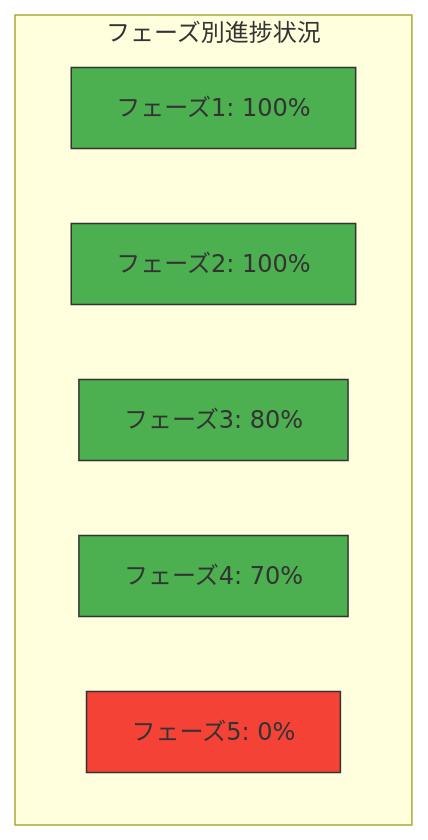
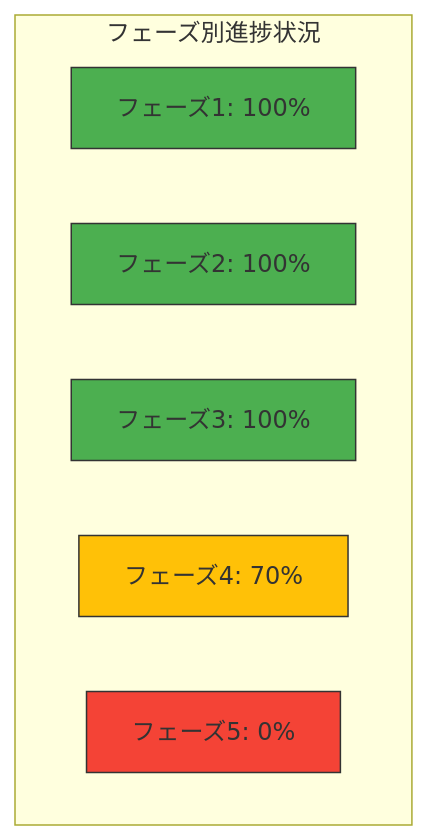
The second of 2 diagrams in docs/PLAN_AND_PROGRESS.md (ToyB0x/git-resume), drawn with Mermaid before and after one commit. The commit also changed other lines of this file and 2 other files, not shown here.

````diff
--- a/docs/PLAN_AND_PROGRESS.md
+++ b/docs/PLAN_AND_PROGRESS.md
@@ -134,16 +134,16 @@
 ```mermaid
 graph TD
     subgraph "フェーズ別進捗状況"
     A["フェーズ1: 100%"]
     B["フェーズ2: 100%"]
-    C["フェーズ3: 80%"]
+    C["フェーズ3: 100%"]
     D["フェーズ4: 70%"]
     E["フェーズ5: 0%"]
     end
     
     style A fill:#4CAF50,stroke:#333,stroke-width:1px
     style B fill:#4CAF50,stroke:#333,stroke-width:1px
     style C fill:#4CAF50,stroke:#333,stroke-width:1px
-    style D fill:#4CAF50,stroke:#333,stroke-width:1px
+    style D fill:#FFC107,stroke:#333,stroke-width:1px
     style E fill:#F44336,stroke:#333,stroke-width:1px
 ```
````
